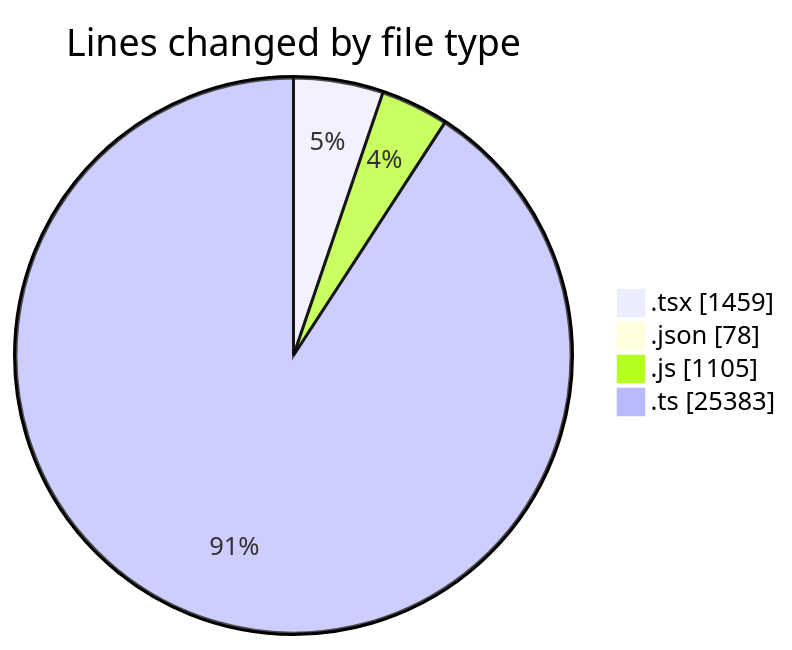
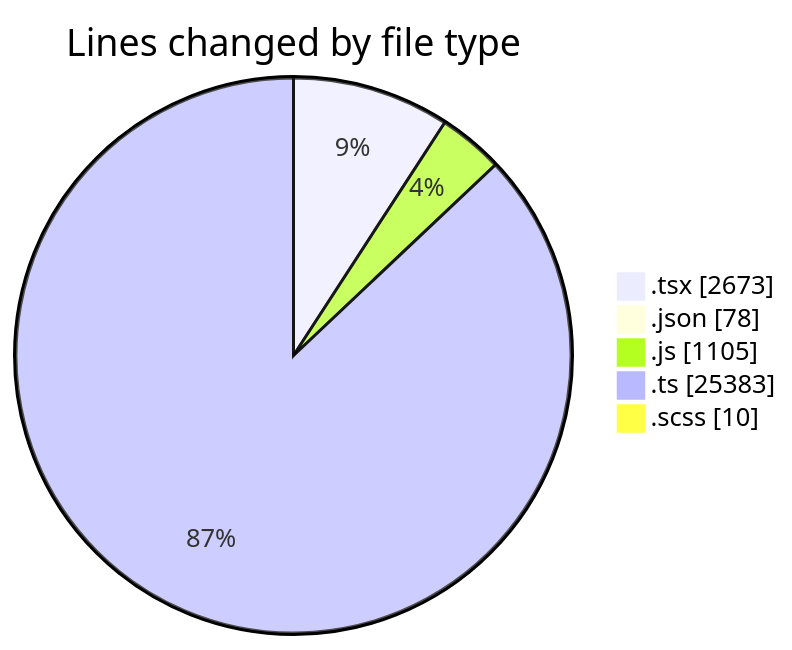
One commit to momahboobian/code-tracking changed the first of 2 diagrams in 2026-10-19/cda/README.md. Above: the diagram before and after it, drawn with Mermaid. The commit also changed other lines of this file and 1 other file, not shown here.

````diff
--- a/2026-10-19/cda/README.md
+++ b/2026-10-19/cda/README.md
@@ -32,8 +37,9 @@
 ```mermaid
 pie showData
 title Lines changed by file type
-".tsx" : 1459
+".tsx" : 2673
 ".json" : 78
 ".js" : 1105
 ".ts" : 25383
+".scss" : 10
 ```
````
